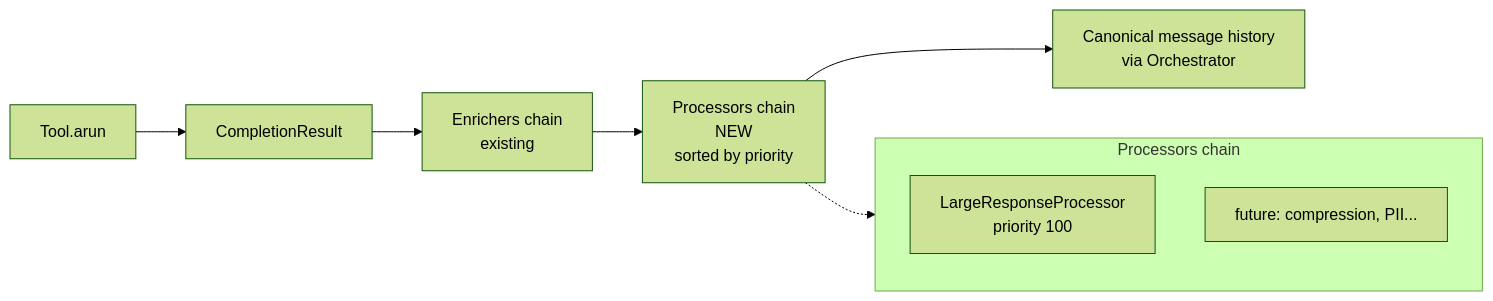
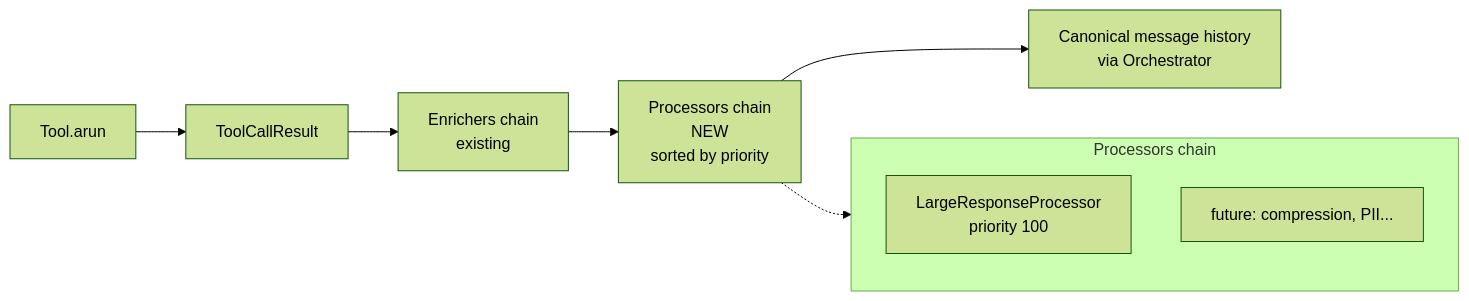
The second of 4 diagrams in docs/designs/large_tool_responses.md (epam/ai-dial-quickapps-backend), drawn with Mermaid (forest theme) before and after one commit. The commit also changed other lines of this file, not shown here.

First line of the commit message:
docs: update design for ToolCallResult rename and tool set decisions #64

````diff
--- a/docs/designs/large_tool_responses.md
+++ b/docs/designs/large_tool_responses.md
@@ -228,13 +227,13 @@
 ```mermaid
 flowchart LR
-    Tool[Tool.arun] --> Result[CompletionResult]
+    Tool[Tool.arun] --> Result[ToolCallResult]
     Result --> Enrich[Enrichers chain<br/>existing]
     Enrich --> Proc[Processors chain<br/>NEW<br/>sorted by priority]
     Proc --> Hist[Canonical message history<br/>via Orchestrator]
     subgraph Proc_detail[Processors chain]
       direction TB
       P1[LargeResponseProcessor<br/>priority 100]
       P2[future: compression, PII...]
     end
     Proc -.-> Proc_detail
 ```
````
